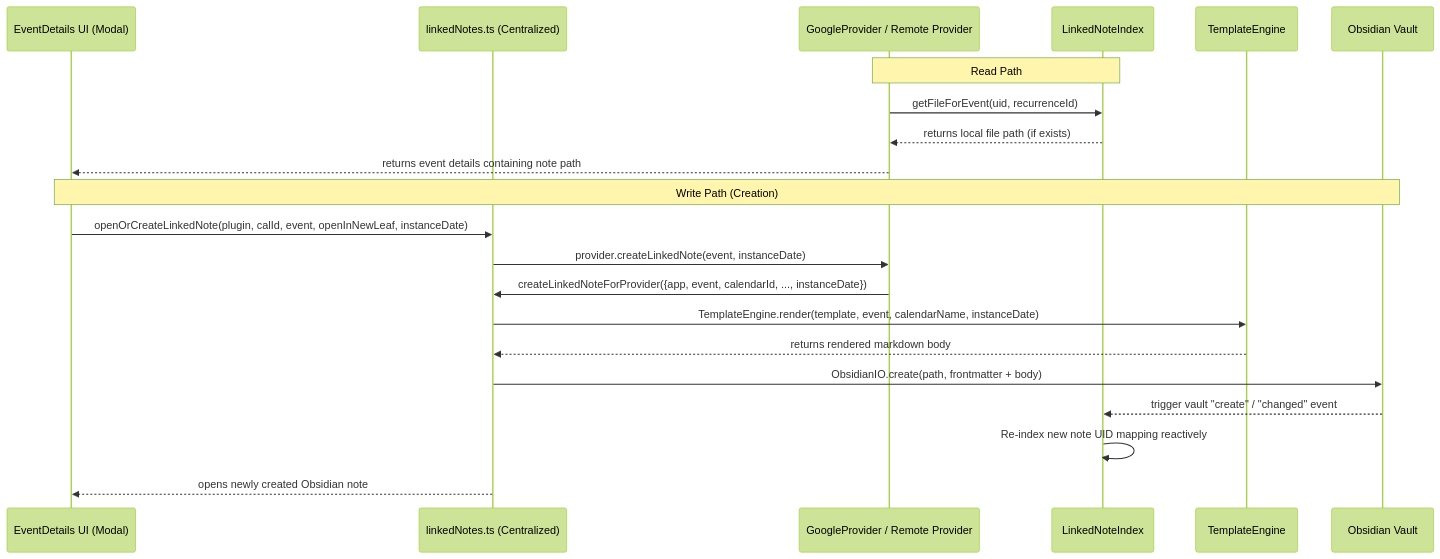
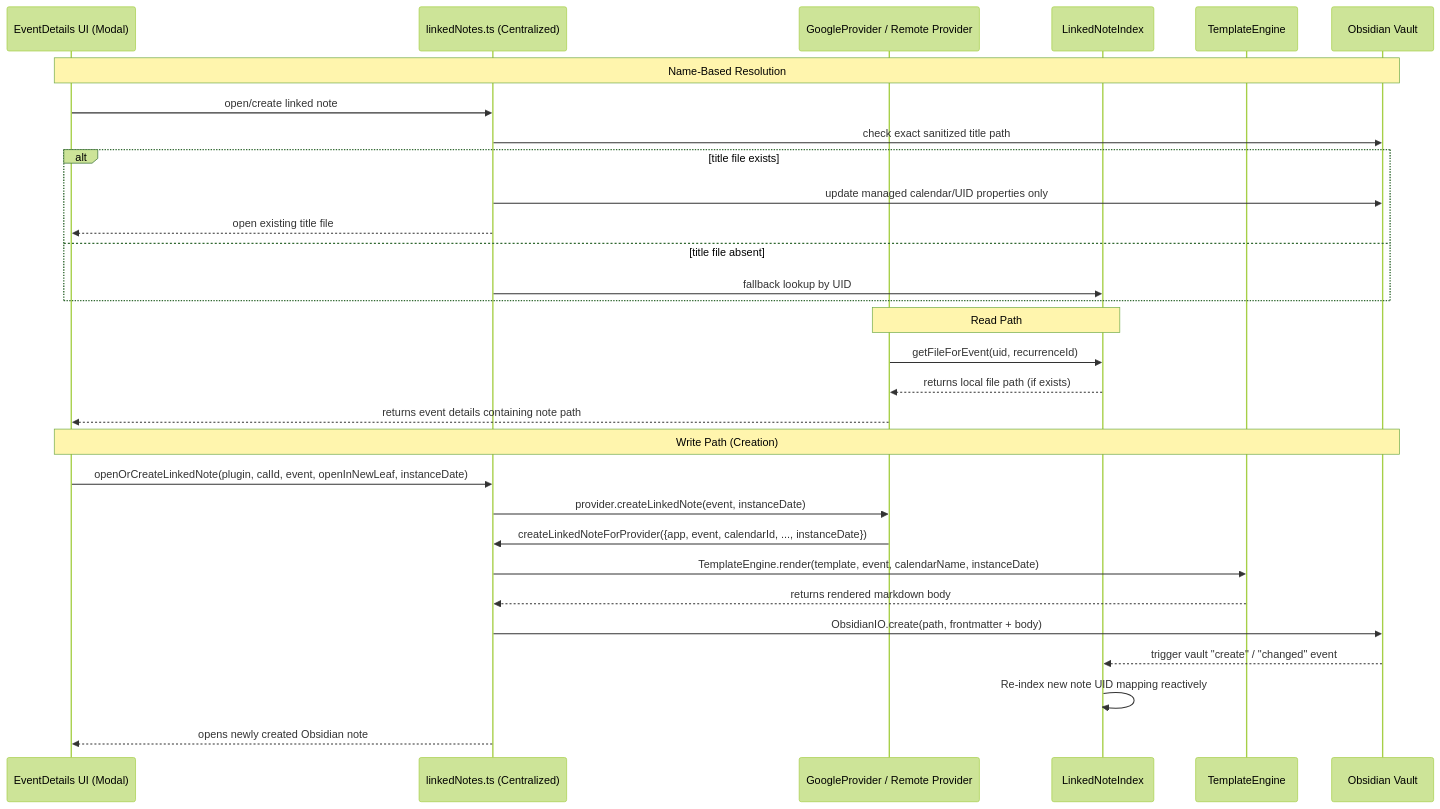
The diagram in docs/architecture/system/features/event-linked-notes.md (obsidian-full-calendar-remastered/plugin-full-calendar), drawn with Mermaid (forest theme) before and after one commit. The commit also changed other lines of this file and 24 other files, not shown here.

````diff
--- a/docs/architecture/system/features/event-linked-notes.md
+++ b/docs/architecture/system/features/event-linked-notes.md
@@ -81,25 +89,35 @@
 ```mermaid
 sequenceDiagram
     participant UI as EventDetails UI (Modal)
     participant LN as linkedNotes.ts (Centralized)
     participant GP as GoogleProvider / Remote Provider
     participant LNI as LinkedNoteIndex
     participant TE as TemplateEngine
     participant V as Obsidian Vault
+
+    Note over UI,V: Name-Based Resolution
+    UI->>LN: open/create linked note
+    LN->>V: check exact sanitized title path
+    alt title file exists
+        LN->>V: update managed calendar/UID properties only
+        LN-->>UI: open existing title file
+    else title file absent
+        LN->>LNI: fallback lookup by UID
+    end
 
     Note over GP,LNI: Read Path
     GP->>LNI: getFileForEvent(uid, recurrenceId)
     LNI-->>GP: returns local file path (if exists)
     GP-->>UI: returns event details containing note path
 
     Note over UI,V: Write Path (Creation)
     UI->>LN: openOrCreateLinkedNote(plugin, calId, event, openInNewLeaf, instanceDate)
     LN->>GP: provider.createLinkedNote(event, instanceDate)
     GP->>LN: createLinkedNoteForProvider({app, event, calendarId, ..., instanceDate})
     LN->>TE: TemplateEngine.render(template, event, calendarName, instanceDate)
     TE-->>LN: returns rendered markdown body
     LN->>V: ObsidianIO.create(path, frontmatter + body)
     V-->>LNI: trigger vault "create" / "changed" event
     LNI->>LNI: Re-index new note UID mapping reactively
     LN-->>UI: opens newly created Obsidian note
 ```
````
